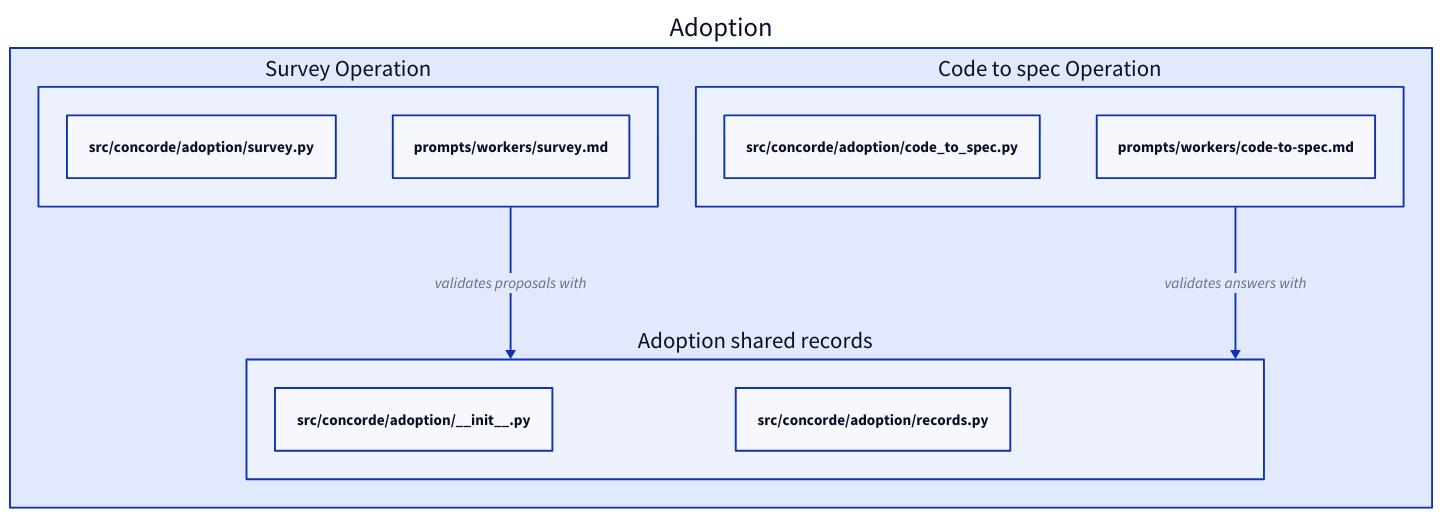
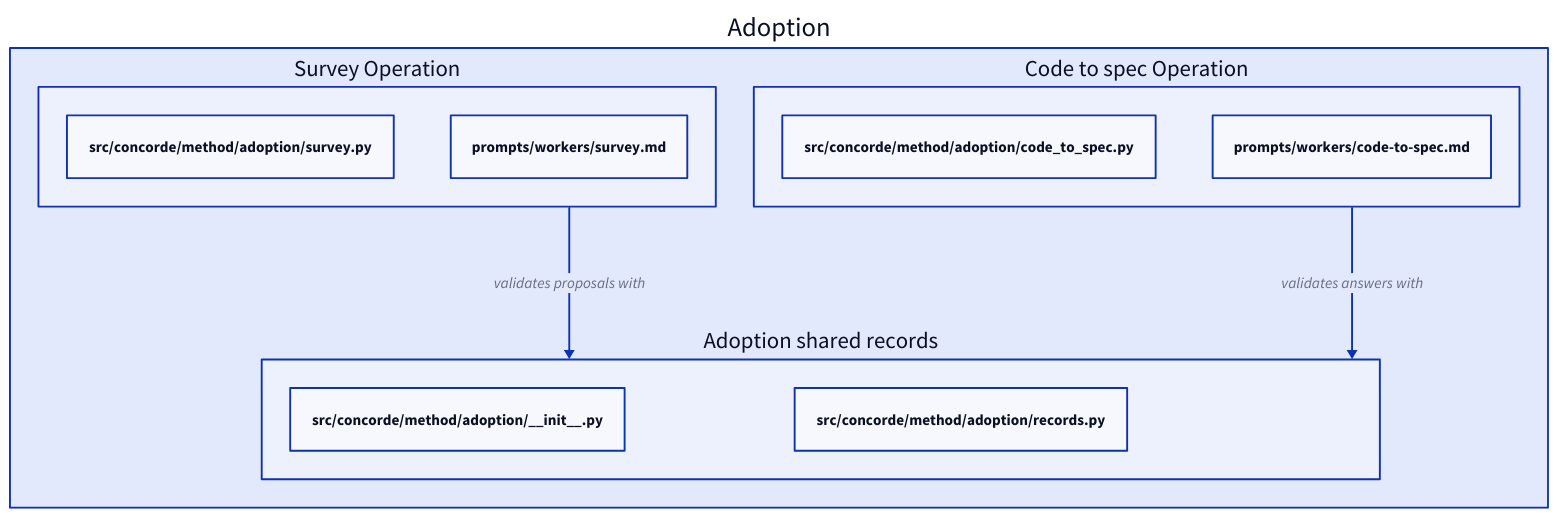
The third of 3 diagrams in specs/concorde/method/adoption/module.md (FTOD/concorde), drawn with D2 before and after one commit. The commit also changed 224 other files, not shown here.

First line of the commit message:
Relocate Concorde's Python code into one directory per part

````diff
--- a/specs/concorde/method/adoption/module.md
+++ b/specs/concorde/method/adoption/module.md
@@ -223,18 +223,18 @@
 ```d2
 adoption: Adoption {
   survey: Survey Operation {
-    "src/concorde/adoption/survey.py"
+    "src/concorde/method/adoption/survey.py"
     "prompts/workers/survey.md"
   }
   codetospec: Code to spec Operation {
-    "src/concorde/adoption/code_to_spec.py"
+    "src/concorde/method/adoption/code_to_spec.py"
     "prompts/workers/code-to-spec.md"
   }
   shared: Adoption shared records {
-    "src/concorde/adoption/__init__.py"
-    "src/concorde/adoption/records.py"
+    "src/concorde/method/adoption/__init__.py"
+    "src/concorde/method/adoption/records.py"
   }
   survey -> shared: validates proposals with
   codetospec -> shared: validates answers with
 }
 ```
````
